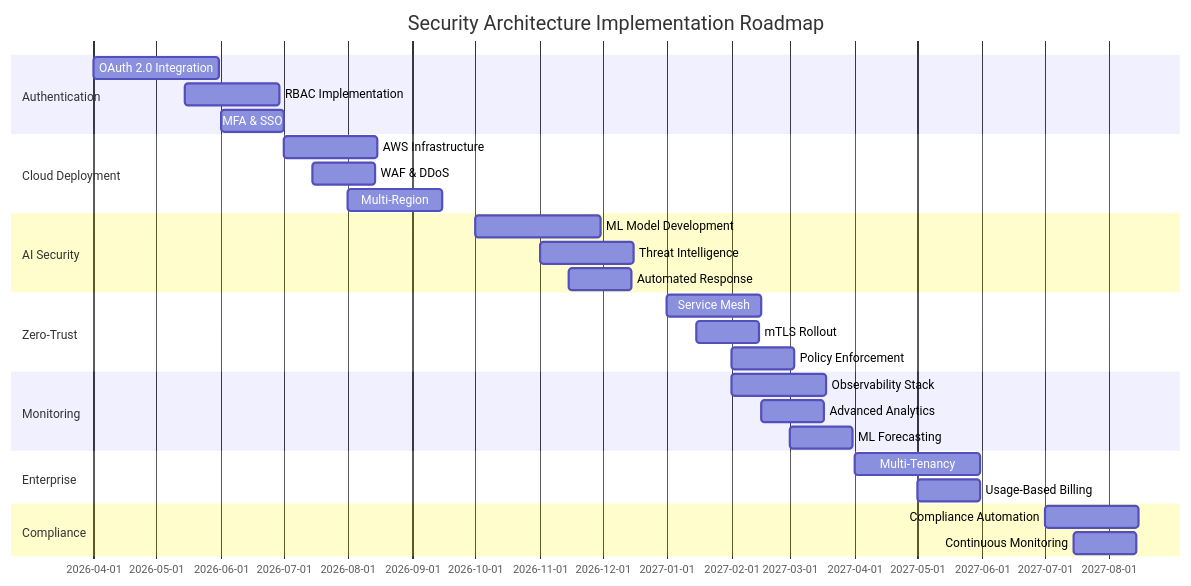
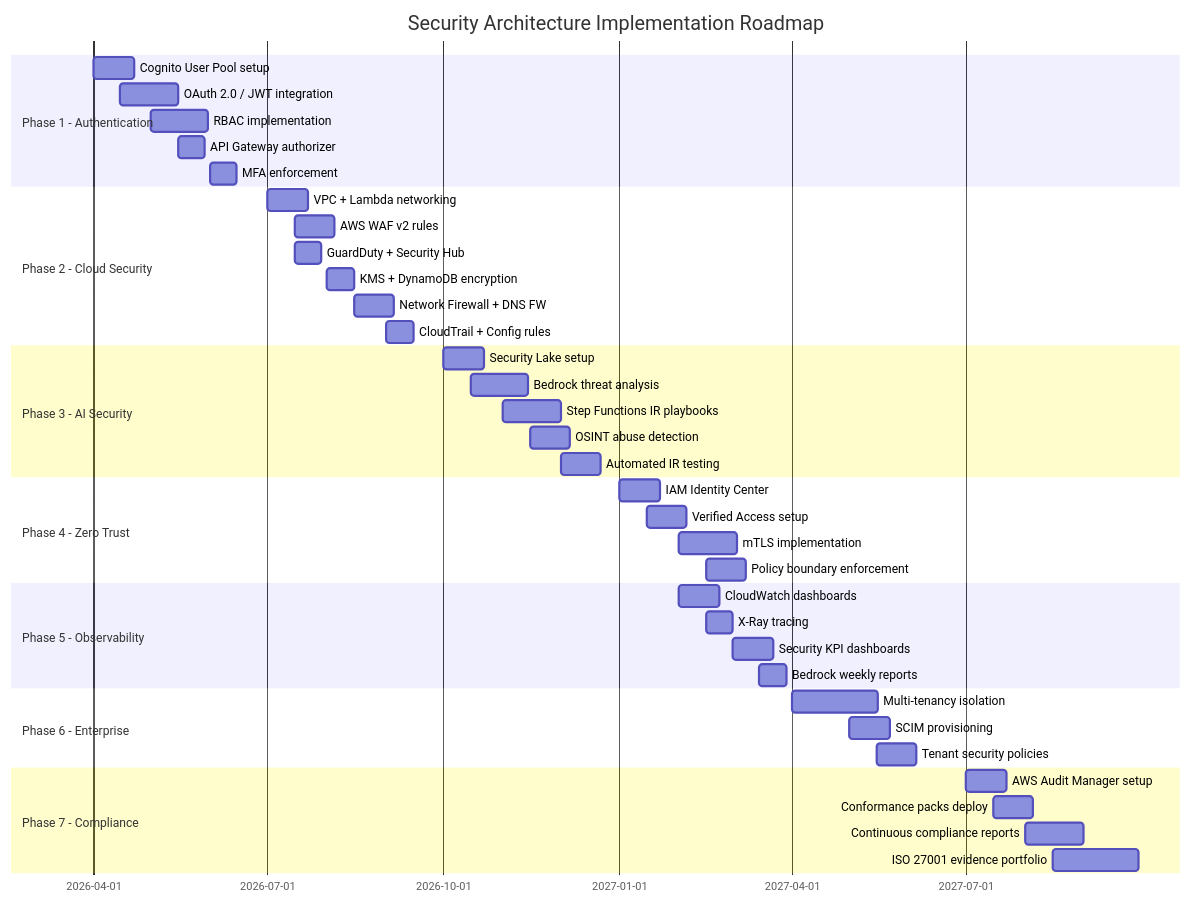
One commit to Hack23/European-Parliament-MCP-Server changed diagram 19 of 19 in FUTURE_SECURITY_ARCHITECTURE.md. Above: the diagram before and after it, drawn with Mermaid. The commit also changed other lines of this file, not shown here.

Commit message:
docs: expand FUTURE_SECURITY_ARCHITECTURE.md with all missing mandatory sections

````diff
--- a/FUTURE_SECURITY_ARCHITECTURE.md
+++ b/FUTURE_SECURITY_ARCHITECTURE.md
@@ -677,38 +1699,50 @@
 ```mermaid
 gantt
     title Security Architecture Implementation Roadmap
     dateFormat YYYY-MM-DD
-    
-    section Authentication
-    OAuth 2.0 Integration   :2026-04-01, 60d
-    RBAC Implementation    :2026-05-15, 45d
-    MFA & SSO             :2026-06-01, 30d
-    
-    section Cloud Deployment
-    AWS Infrastructure    :2026-07-01, 45d
-    WAF & DDoS           :2026-07-15, 30d
-    Multi-Region         :2026-08-01, 45d
-    
-    section AI Security
-    ML Model Development  :2026-10-01, 60d
-    Threat Intelligence   :2026-11-01, 45d
-    Automated Response    :2026-11-15, 30d
-    
-    section Zero-Trust
-    Service Mesh         :2027-01-01, 45d
-    mTLS Rollout         :2027-01-15, 30d
-    Policy Enforcement   :2027-02-01, 30d
-    
-    section Monitoring
-    Observability Stack  :2027-02-01, 45d
-    Advanced Analytics   :2027-02-15, 30d
-    ML Forecasting       :2027-03-01, 30d
-    
-    section Enterprise
-    Multi-Tenancy        :2027-04-01, 60d
-    Usage-Based Billing  :2027-05-01, 30d
-    
-    section Compliance
-    Compliance Automation :2027-07-01, 45d
-    Continuous Monitoring :2027-07-15, 30d
+
+    section Phase 1 - Authentication
+    Cognito User Pool setup        :2026-04-01, 21d
+    OAuth 2.0 / JWT integration    :2026-04-15, 30d
+    RBAC implementation            :2026-05-01, 30d
+    API Gateway authorizer         :2026-05-15, 14d
+    MFA enforcement                :2026-06-01, 14d
+
+    section Phase 2 - Cloud Security
+    VPC + Lambda networking        :2026-07-01, 21d
+    AWS WAF v2 rules              :2026-07-15, 21d
+    GuardDuty + Security Hub       :2026-07-15, 14d
+    KMS + DynamoDB encryption      :2026-08-01, 14d
+    Network Firewall + DNS FW      :2026-08-15, 21d
+    CloudTrail + Config rules      :2026-09-01, 14d
+
+    section Phase 3 - AI Security
+    Security Lake setup            :2026-10-01, 21d
+    Bedrock threat analysis        :2026-10-15, 30d
+    Step Functions IR playbooks    :2026-11-01, 30d
+    OSINT abuse detection          :2026-11-15, 21d
+    Automated IR testing           :2026-12-01, 21d
+
+    section Phase 4 - Zero Trust
+    IAM Identity Center            :2027-01-01, 21d
+    Verified Access setup          :2027-01-15, 21d
+    mTLS implementation            :2027-02-01, 30d
+    Policy boundary enforcement    :2027-02-15, 21d
+
+    section Phase 5 - Observability
+    CloudWatch dashboards          :2027-02-01, 21d
+    X-Ray tracing                  :2027-02-15, 14d
+    Security KPI dashboards        :2027-03-01, 21d
+    Bedrock weekly reports         :2027-03-15, 14d
+
+    section Phase 6 - Enterprise
+    Multi-tenancy isolation        :2027-04-01, 45d
+    SCIM provisioning              :2027-05-01, 21d
+    Tenant security policies       :2027-05-15, 21d
+
+    section Phase 7 - Compliance
+    AWS Audit Manager setup        :2027-07-01, 21d
+    Conformance packs deploy       :2027-07-15, 21d
+    Continuous compliance reports  :2027-08-01, 30d
+    ISO 27001 evidence portfolio   :2027-08-15, 45d
 ```
````
